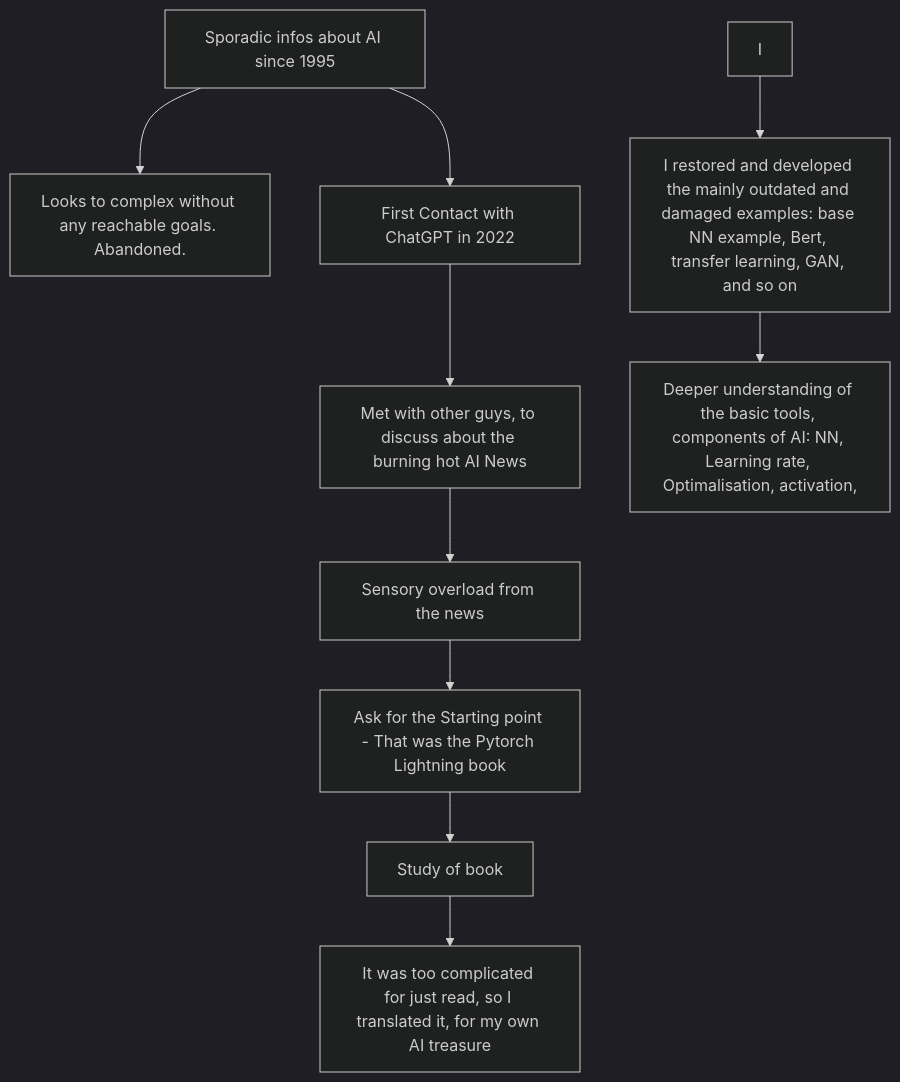
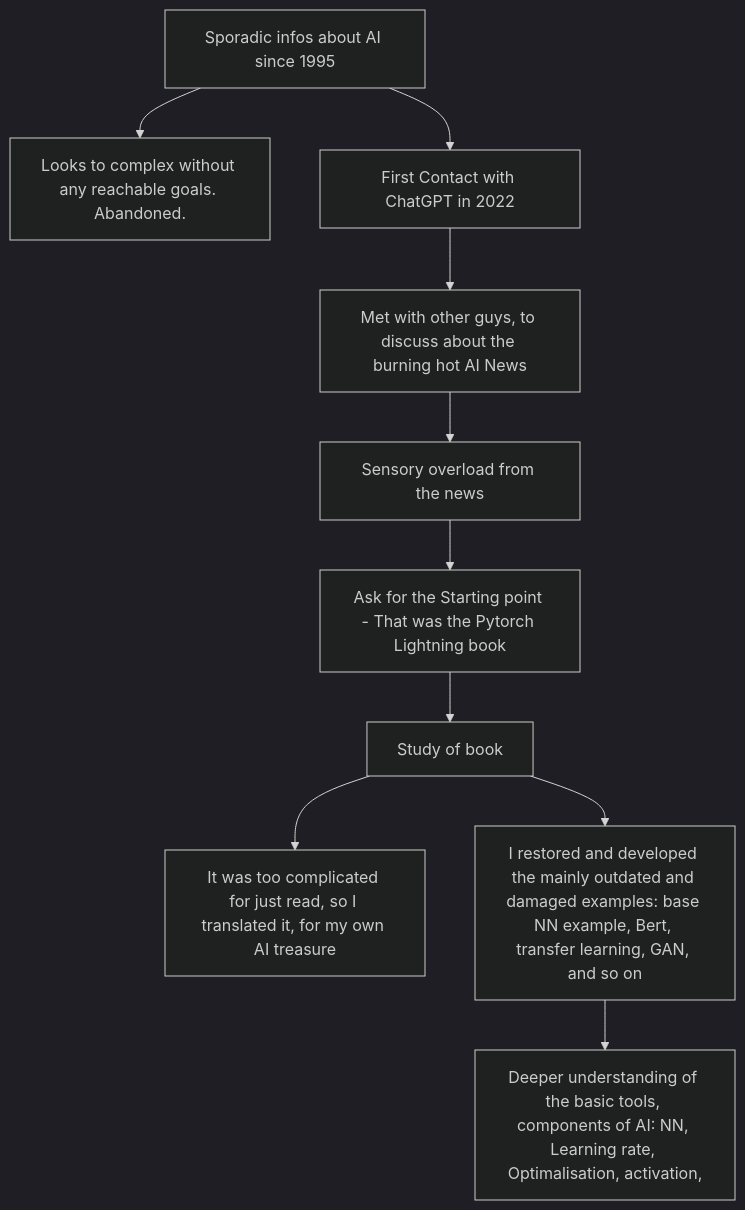
Before and after one commit to vmistvan/VMI_CV_AI: the diagram in README.md, drawn with Mermaid (dark theme).

Commit message:
Update README.md
corrected

````diff
--- a/README.md
+++ b/README.md
@@ -3,13 +3,13 @@
 ```mermaid
 graph TD
     A[Sporadic infos about AI since 1995] --> B[Looks to complex without any reachable goals. Abandoned.]
     A --> C[First Contact with ChatGPT in 2022]
     C --> D[Met with other guys, to discuss about the burning hot AI News]
     D --> E[Sensory overload from the news]
     E --> F[Ask for the Starting point - That was the Pytorch Lightning book]
     F --> G[Study of book]
     G --> H[It was too complicated for just read, so I translated it, for my own AI treasure]
-    I --> J[I restored and developed the mainly outdated and damaged examples: base NN example, Bert, transfer learning, GAN, and so on]
-    J --> K[Deeper understanding of the basic tools, components of AI: NN, Learning rate, Optimalisation, activation, ]
+    G --> I[I restored and developed the mainly outdated and damaged examples: base NN example, Bert, transfer learning, GAN, and so on]
+    I --> J[Deeper understanding of the basic tools, components of AI: NN, Learning rate, Optimalisation, activation, ]
     
 ```
````
